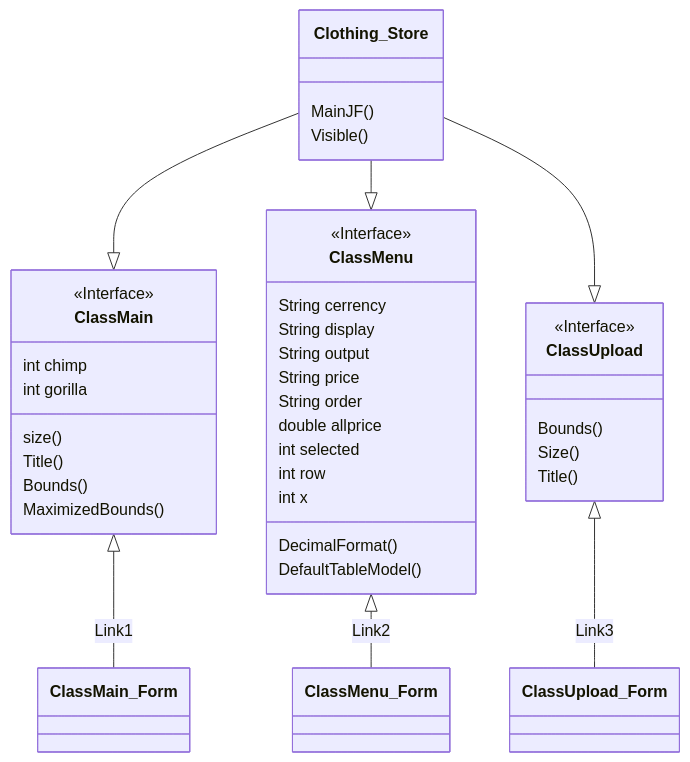
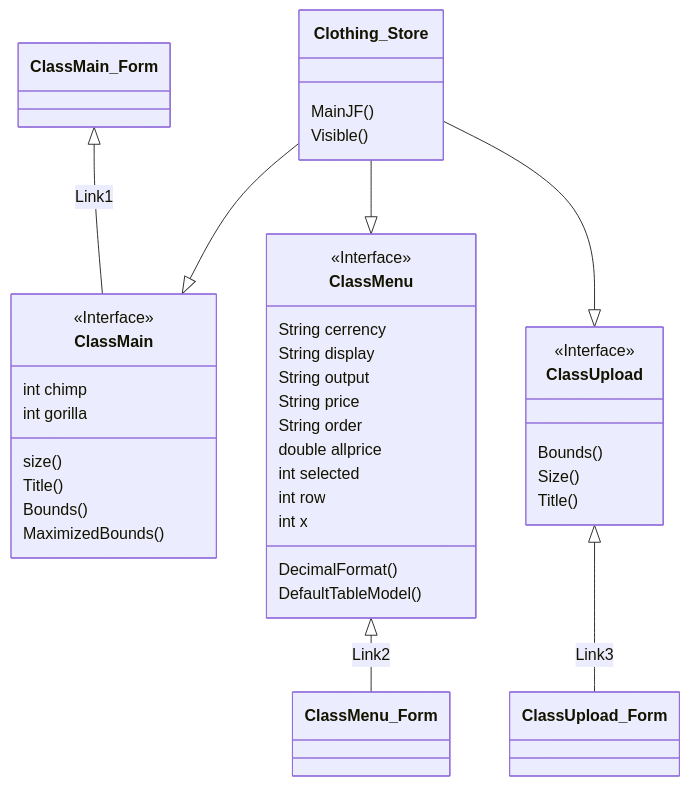
Before and after one commit to kawin101/Java_GUI_CRUD_CSV: the third of 3 diagrams in README.md, drawn with Mermaid.

````diff
--- a/README.md
+++ b/README.md
@@ -33,35 +33,36 @@
 ```mermaid
 classDiagram
-ClassMain <|-- ClassMain_Form : Link1
+
+ClassMain_Form <|-- ClassMain : Link1
 ClassMenu <|-- ClassMenu_Form : Link2
 ClassUpload <|-- ClassUpload_Form : Link3
 <<Interface>> ClassMain
 Clothing_Store --|> ClassMain
 Clothing_Store --|> ClassMenu
 Clothing_Store --|> ClassUpload
 Clothing_Store : MainJF()
 Clothing_Store : Visible()
 ClassMain : size()
 ClassMain : Title()
 ClassMain : Bounds()
 ClassMain : MaximizedBounds()
 ClassMain : int chimp
 ClassMain : int gorilla
 <<Interface>> ClassMenu
 ClassMenu : String cerrency
 ClassMenu : String display
 ClassMenu : String output
 ClassMenu : String price
 ClassMenu : String order
 ClassMenu : DecimalFormat()
 ClassMenu : double allprice
 ClassMenu : int selected
 ClassMenu : int row
 ClassMenu : int x
 ClassMenu : DefaultTableModel()
 <<Interface>> ClassUpload
 ClassUpload : Bounds()
 ClassUpload : Size()
 ClassUpload : Title()
 
 ```
````
